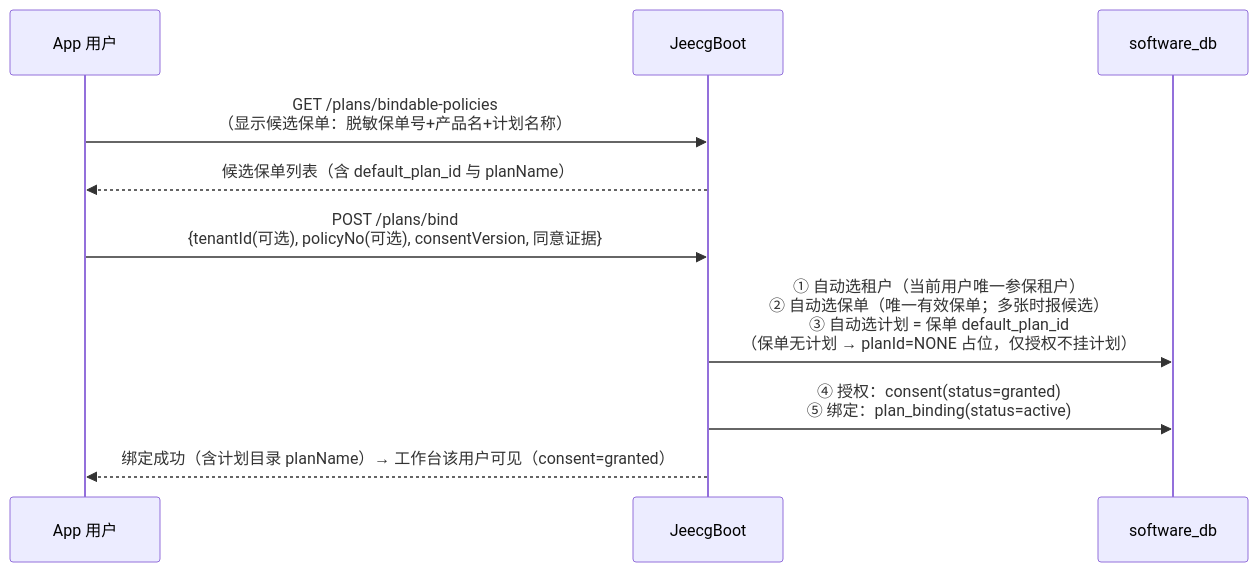
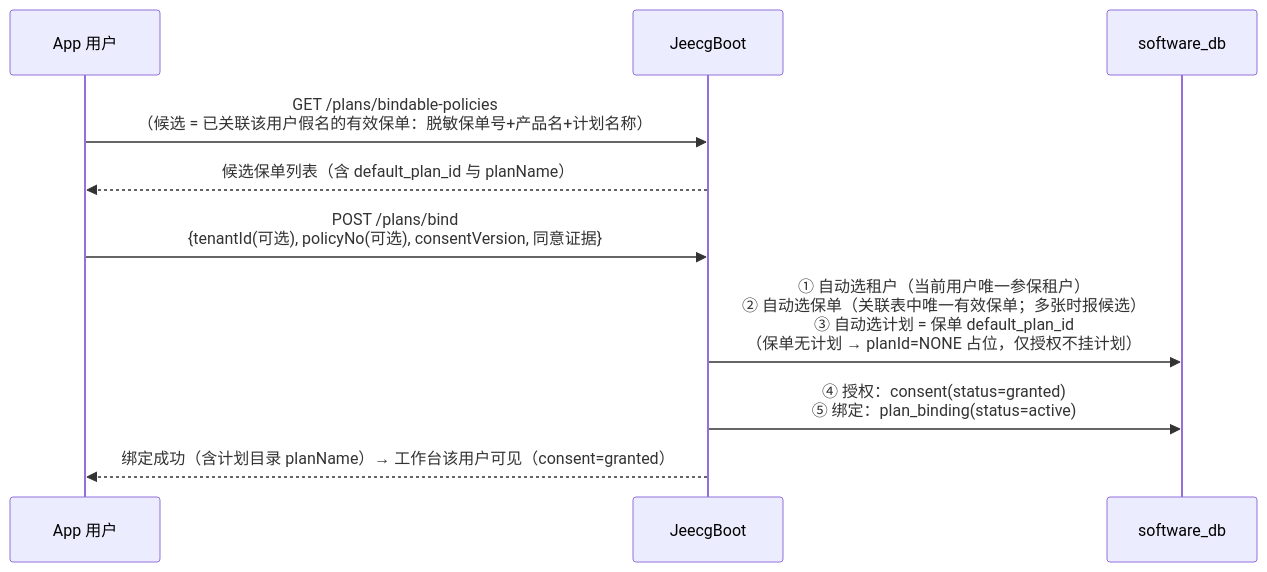
Before and after one commit to wjmlong/rehealth_tongbu: the fourth of 5 diagrams in docs/保险侧保单数据设计.md, drawn with Mermaid. The commit also changed other lines of this file and 19 other files, not shown here.

````diff
--- a/docs/保险侧保单数据设计.md
+++ b/docs/保险侧保单数据设计.md
@@ -138,12 +145,12 @@
 ```mermaid
 sequenceDiagram
     participant APP as App 用户
     participant JEE as JeecgBoot
     participant DB as software_db
-    APP->>JEE: GET /plans/bindable-policies<br>（显示候选保单：脱敏保单号+产品名+计划名称）
+    APP->>JEE: GET /plans/bindable-policies<br>（候选 = 已关联该用户假名的有效保单：脱敏保单号+产品名+计划名称）
     JEE-->>APP: 候选保单列表（含 default_plan_id 与 planName）
     APP->>JEE: POST /plans/bind<br>{tenantId(可选), policyNo(可选), consentVersion, 同意证据}
-    JEE->>DB: ① 自动选租户（当前用户唯一参保租户）<br>② 自动选保单（唯一有效保单；多张时报候选）<br>③ 自动选计划 = 保单 default_plan_id<br>（保单无计划 → planId=NONE 占位，仅授权不挂计划）
+    JEE->>DB: ① 自动选租户（当前用户唯一参保租户）<br>② 自动选保单（关联表中唯一有效保单；多张时报候选）<br>③ 自动选计划 = 保单 default_plan_id<br>（保单无计划 → planId=NONE 占位，仅授权不挂计划）
     JEE->>DB: ④ 授权：consent(status=granted)<br>⑤ 绑定：plan_binding(status=active)
     JEE-->>APP: 绑定成功（含计划目录 planName）→ 工作台该用户可见（consent=granted）
 ```
````
